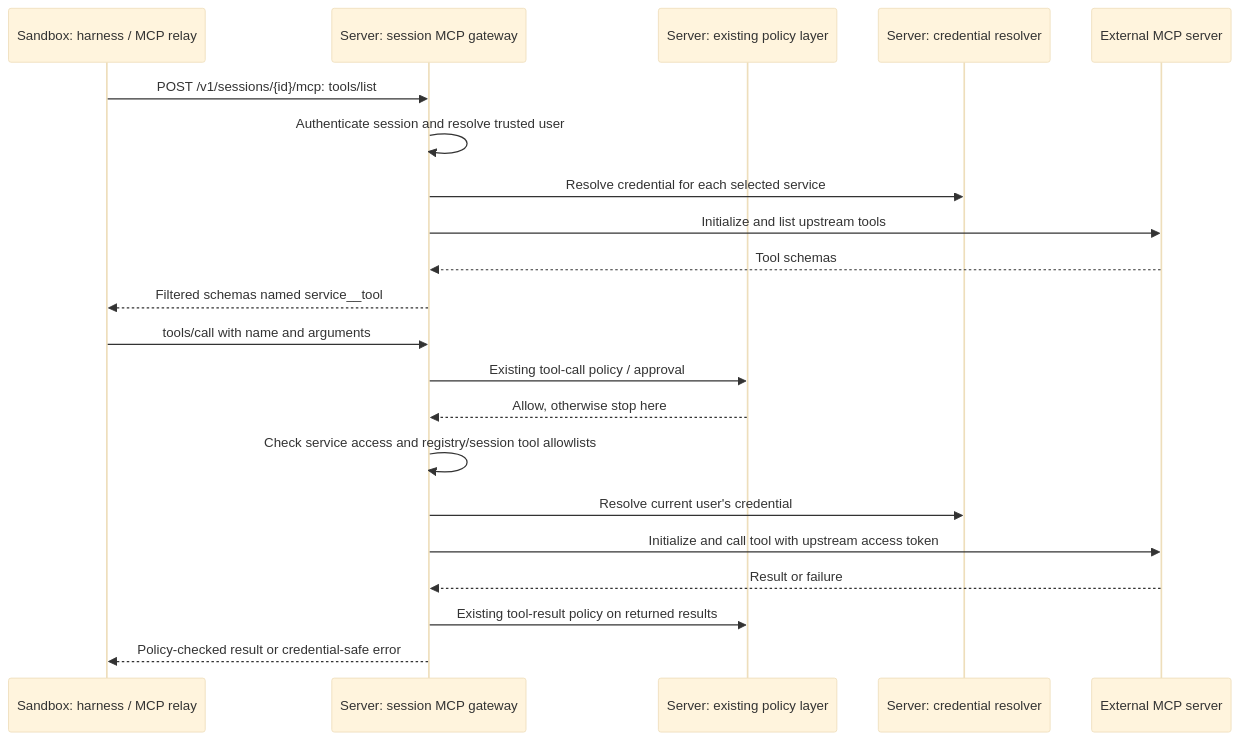
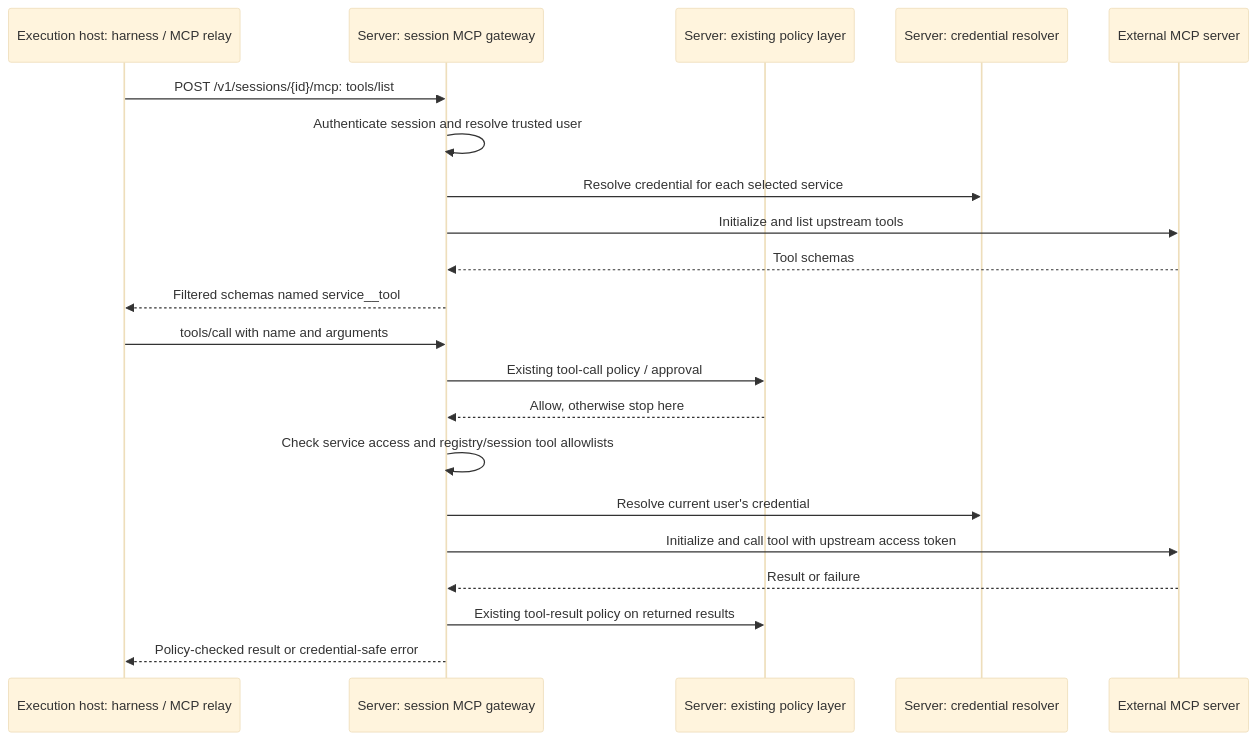
One commit to omnigent-ai/omnigent changed the third of 6 diagrams in designs/MCP_REGISTRY_GATEWAY.md. Above: the diagram before and after it, drawn with Mermaid (base theme). The commit also changed other lines of this file and 14 other files, not shown here.

````diff
--- a/designs/MCP_REGISTRY_GATEWAY.md
+++ b/designs/MCP_REGISTRY_GATEWAY.md
@@ -104,23 +110,23 @@
 ```mermaid
 sequenceDiagram
-  participant H as Sandbox: harness / MCP relay
+  participant H as Execution host: harness / MCP relay
   participant G as Server: session MCP gateway
   participant P as Server: existing policy layer
   participant C as Server: credential resolver
   participant M as External MCP server
   H->>G: POST /v1/sessions/{id}/mcp: tools/list
   G->>G: Authenticate session and resolve trusted user
   G->>C: Resolve credential for each selected service
   G->>M: Initialize and list upstream tools
   M-->>G: Tool schemas
   G-->>H: Filtered schemas named service__tool
   H->>G: tools/call with name and arguments
   G->>P: Existing tool-call policy / approval
   P-->>G: Allow, otherwise stop here
   G->>G: Check service access and registry/session tool allowlists
   G->>C: Resolve current user's credential
   G->>M: Initialize and call tool with upstream access token
   M-->>G: Result or failure
   G->>P: Existing tool-result policy on returned results
   G-->>H: Policy-checked result or credential-safe error
 ```
````
